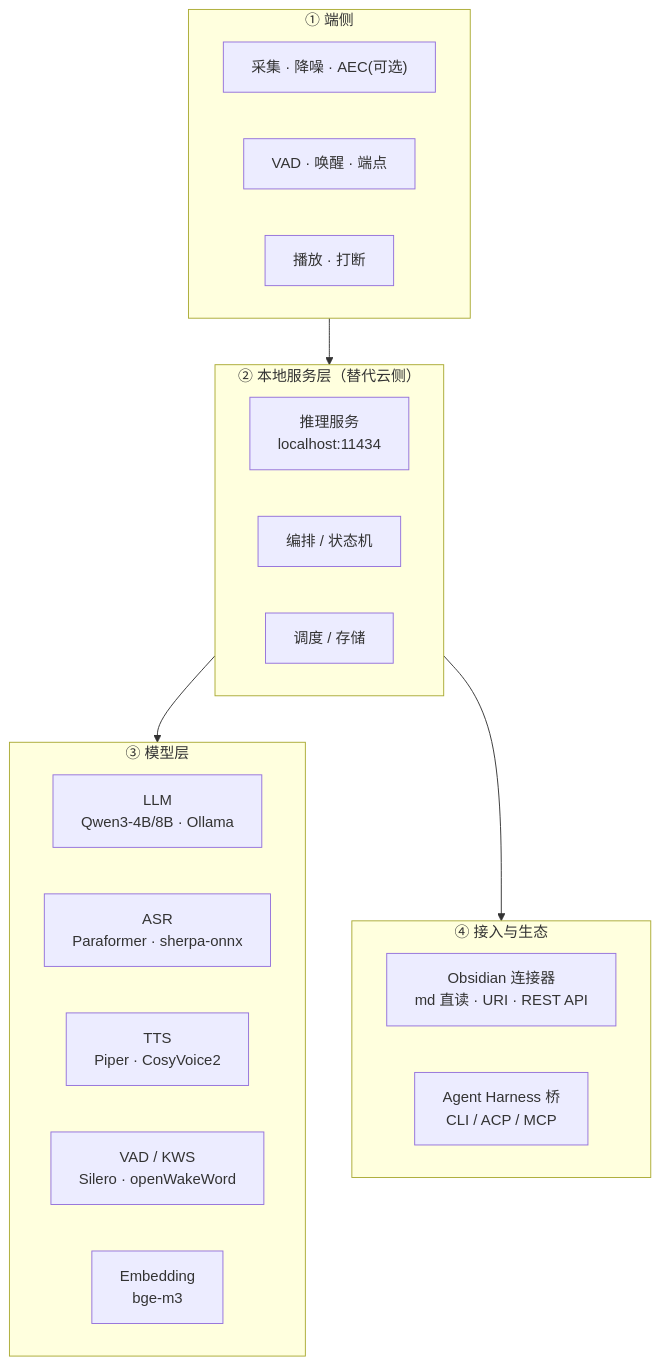
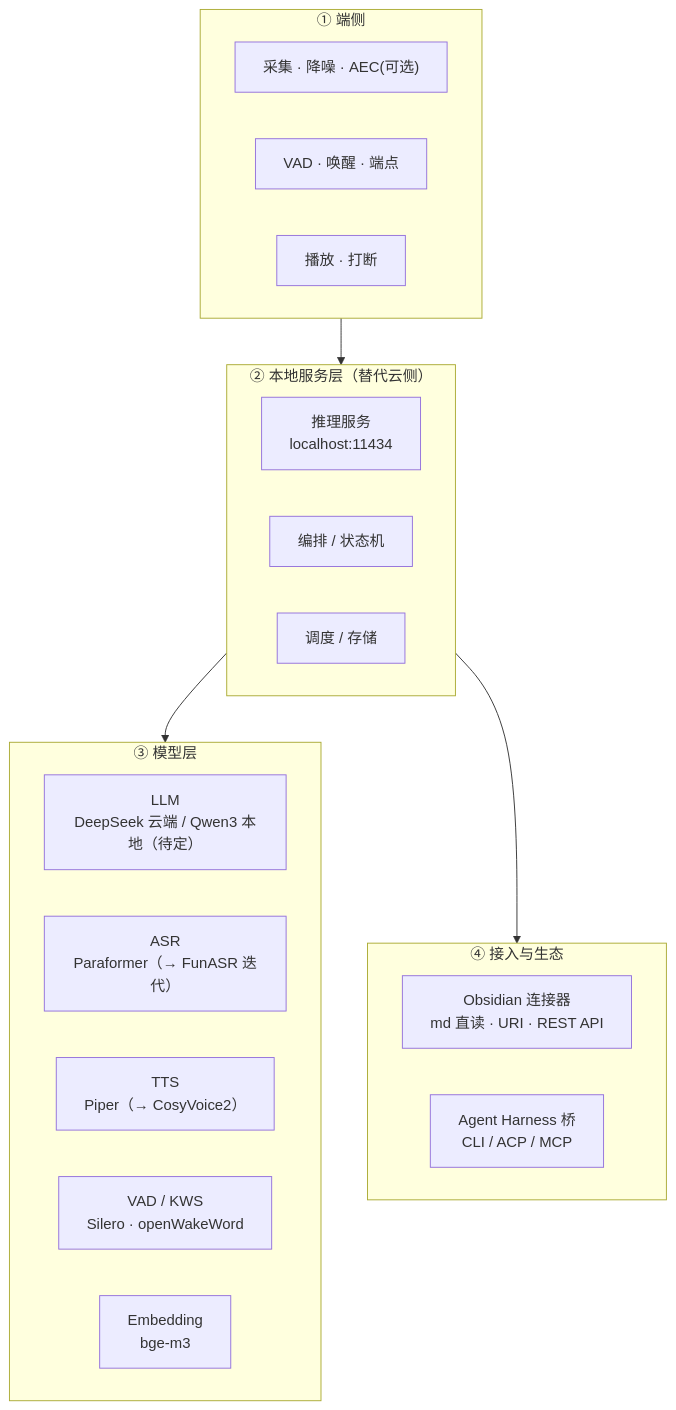
Before and after one commit to DongyueHAN/VoxDesk: the first of 2 diagrams in docs/04-tech-stack.md, drawn with Mermaid. The commit also changed other lines of this file and 4 other files, not shown here.

````diff
--- a/docs/04-tech-stack.md
+++ b/docs/04-tech-stack.md
@@ -57,27 +71,27 @@
 ```mermaid
 %% diagram: STACK-01 技术栈分层 | updated: 2026-10-26
 flowchart TB
     subgraph L4["④ 接入与生态"]
         A1["Obsidian 连接器<br/>md 直读 · URI · REST API"]
         A2["Agent Harness 桥<br/>CLI / ACP / MCP"]
     end
     subgraph L3["③ 模型层"]
-        M1["LLM<br/>Qwen3-4B/8B · Ollama"]
-        M2["ASR<br/>Paraformer · sherpa-onnx"]
-        M3["TTS<br/>Piper · CosyVoice2"]
+        M1["LLM<br/>DeepSeek 云端 / Qwen3 本地（待定）"]
+        M2["ASR<br/>Paraformer（→ FunASR 迭代）"]
+        M3["TTS<br/>Piper（→ CosyVoice2）"]
         M4["VAD / KWS<br/>Silero · openWakeWord"]
         M5["Embedding<br/>bge-m3"]
     end
     subgraph L2["② 本地服务层（替代云侧）"]
         S1["推理服务<br/>localhost:11434"]
         S2["编排 / 状态机"]
         S3["调度 / 存储"]
     end
     subgraph L1["① 端侧"]
         E1["采集 · 降噪 · AEC(可选)"]
         E2["VAD · 唤醒 · 端点"]
         E3["播放 · 打断"]
     end
     L1 --> L2 --> L3
     L2 --> L4
 ```
````
